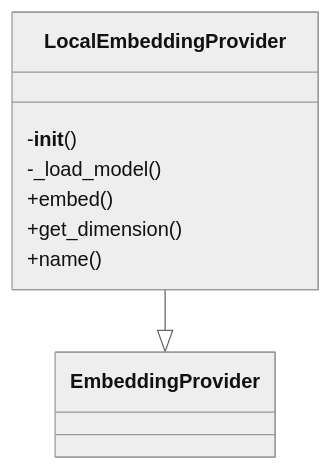
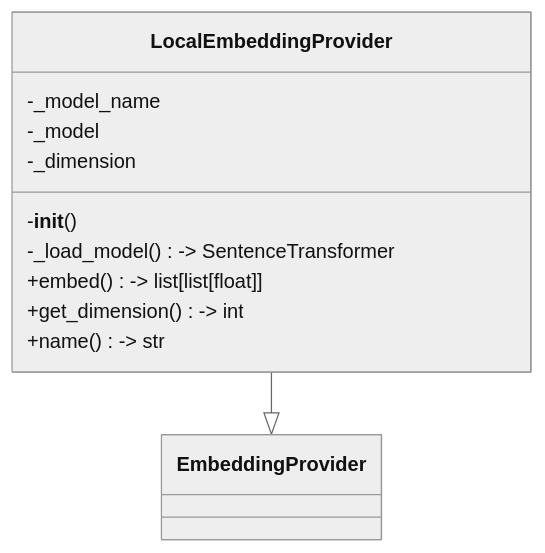
The first of 2 diagrams in .deepwiki/files/src/local_deepwiki/providers/embeddings/local.md (UrbanDiver/local-deepwiki-mcp), drawn with Mermaid (neutral theme) before and after one commit. The commit also changed other lines of this file and 75 other files, not shown here.

````diff
--- a/.deepwiki/files/src/local_deepwiki/providers/embeddings/local.md
+++ b/.deepwiki/files/src/local_deepwiki/providers/embeddings/local.md
@@ -102,11 +91,14 @@
 ```mermaid
 classDiagram
     class LocalEmbeddingProvider {
+        -_model_name
+        -_model
+        -_dimension
         -__init__()
-        -_load_model()
-        +embed()
-        +get_dimension()
-        +name()
+        -_load_model() -> SentenceTransformer
+        +embed() -> list[list[float]]
+        +get_dimension() -> int
+        +name() -> str
     }
     LocalEmbeddingProvider --|> EmbeddingProvider
 ```
````
